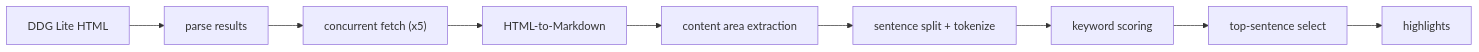
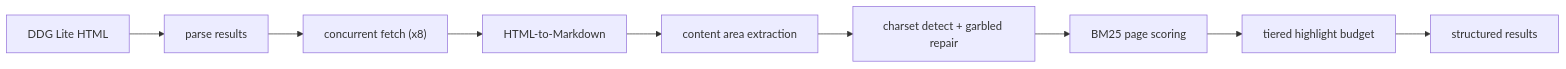
The diagram in README.md (Proof-of-Ineffective-Input/Lex), drawn with Mermaid before and after one commit. The commit also changed other lines of this file and 1 other file, not shown here.

````diff
--- a/README.md
+++ b/README.md
@@ -58,11 +64,11 @@
 ```mermaid
 flowchart LR
   A["DDG Lite HTML"] --> B["parse results"]
-  B --> C["concurrent fetch (x5)"]
+  B --> C["concurrent fetch (x8)"]
   C --> D["HTML-to-Markdown"]
   D --> E["content area extraction"]
-  E --> F["sentence split + tokenize"]
-  F --> G["keyword scoring"]
-  G --> H["top-sentence select"]
-  H --> I["highlights"]
+  E --> F["charset detect + garbled repair"]
+  F --> G["BM25 page scoring"]
+  G --> H["tiered highlight budget"]
+  H --> I["structured results"]
 ```
````
